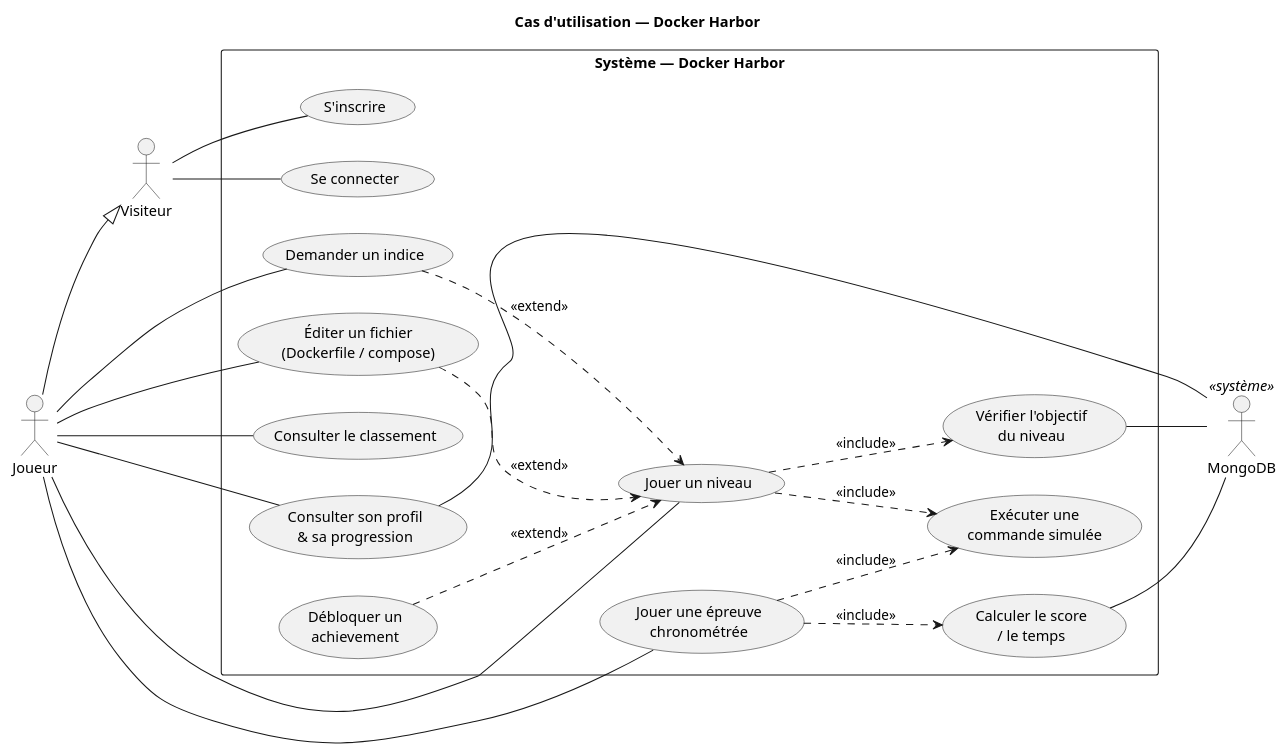
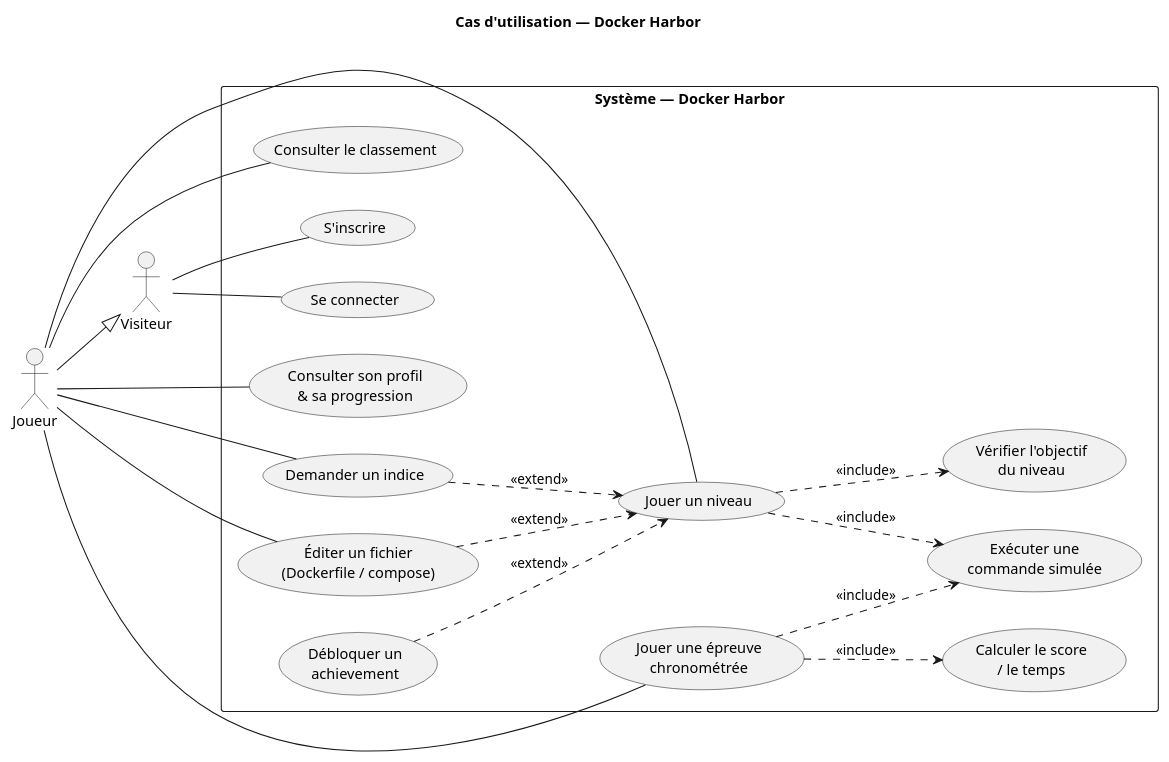
One commit to AndreLiar/coordinationBackFront changed the diagram in docs/modelisation/01-cas-utilisation.puml. Above: the diagram before and after it, drawn with PlantUML. The commit also changed 11 other files, not shown here.

First line of the commit message:
docs(modélisation): corrige 2 retours prof (acteur MongoDB + parallélisme TS)

```diff
--- a/docs/modelisation/01-cas-utilisation.puml
+++ b/docs/modelisation/01-cas-utilisation.puml
@@ -1,62 +1,59 @@
 @startuml cas-utilisation
 ' Diagramme de cas d'utilisation — Docker Harbor (notation UML stricte)
 ' Rendu : plantuml 01-cas-utilisation.puml  (ou extension VS Code PlantUML)
 
 left to right direction
 skinparam packageStyle rectangle
 skinparam shadowing false
 title Cas d'utilisation — Docker Harbor
 
 actor "Visiteur" as Visiteur
 actor "Joueur" as Joueur
-actor "MongoDB" as DB << système >>
+' Pas d'acteur « MongoDB » : une base de persistance ne rend aucun service métier
+' ni ne réalise de calcul — ce n'est pas un acteur secondaire, juste un détail interne
+' (visible dans les diagrammes de séquence / activités, pas dans la vue fonctionnelle).
 
 ' Généralisation : tout Joueur est aussi un Visiteur
 Joueur --|> Visiteur
 
 rectangle "Système — Docker Harbor" {
   usecase UC_insc       as "S'inscrire"
   usecase UC_conn       as "Se connecter"
 
   usecase UC_jouer      as "Jouer un niveau"
   usecase UC_cmd        as "Exécuter une\ncommande simulée"
   usecase UC_valid      as "Vérifier l'objectif\ndu niveau"
   usecase UC_indice     as "Demander un indice"
   usecase UC_editer     as "Éditer un fichier\n(Dockerfile / compose)"
 
   usecase UC_epreuve    as "Jouer une épreuve\nchronométrée"
   usecase UC_score      as "Calculer le score\n/ le temps"
   usecase UC_classement as "Consulter le classement"
 
   usecase UC_profil     as "Consulter son profil\n& sa progression"
   usecase UC_achiev     as "Débloquer un\nachievement"
 }
 
 ' Associations acteur <-> cas
 Visiteur -- UC_insc
 Visiteur -- UC_conn
 
 Joueur -- UC_jouer
 Joueur -- UC_indice
 Joueur -- UC_editer
 Joueur -- UC_epreuve
 Joueur -- UC_classement
 Joueur -- UC_profil
 
 ' include = comportement obligatoire réutilisé
 UC_jouer   ..> UC_cmd   : <<include>>
 UC_jouer   ..> UC_valid : <<include>>
 UC_epreuve ..> UC_cmd   : <<include>>
 UC_epreuve ..> UC_score : <<include>>
 
 ' extend = comportement conditionnel / optionnel (l'extension pointe vers le cas de base)
 UC_indice ..> UC_jouer : <<extend>>
 UC_editer ..> UC_jouer : <<extend>>
 UC_achiev ..> UC_jouer : <<extend>>
 
-' Acteur secondaire : persistance
-UC_valid -- DB
-UC_score -- DB
-UC_profil -- DB
-
 @enduml
```
